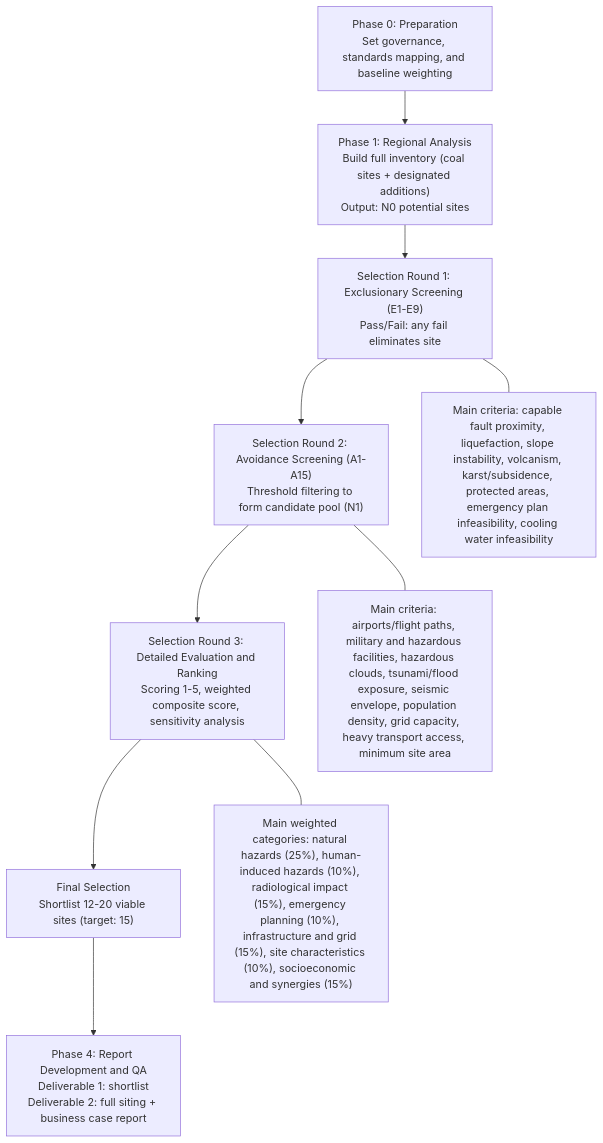
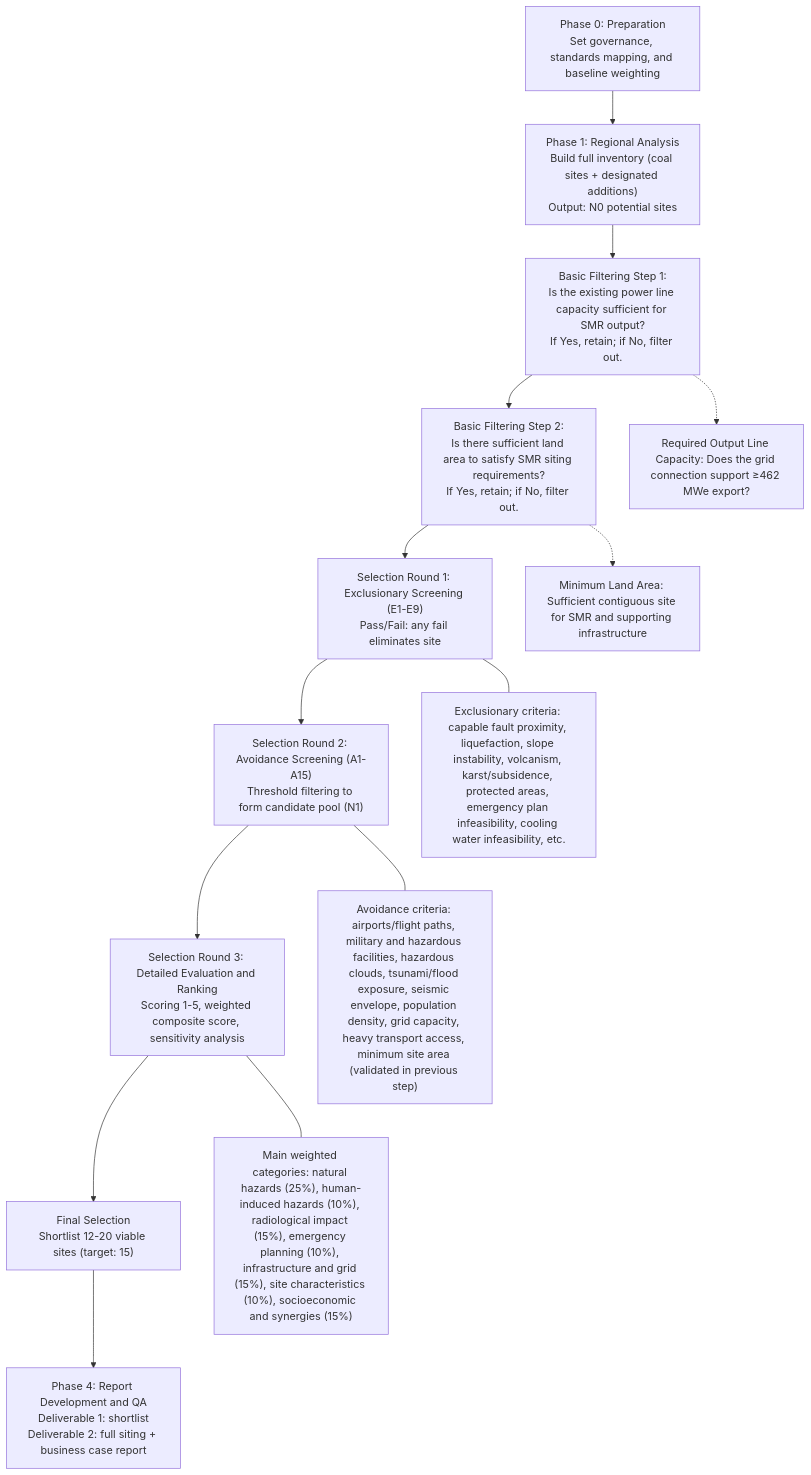
Before and after one commit to terbolence/atoms_vs_ashes: the diagram in requirements/00_index.md, drawn with Mermaid. The commit also changed other lines of this file and 1 other file, not shown here.

Commit message:
[feat] review of development process

````diff
--- a/requirements/00_index.md
+++ b/requirements/00_index.md
@@ -49,13 +49,17 @@
 ```mermaid
 flowchart TD
     A["Phase 0: Preparation<br/>Set governance, standards mapping, and baseline weighting"] --> B["Phase 1: Regional Analysis<br/>Build full inventory (coal sites + designated additions)<br/>Output: N0 potential sites"]
-    B --> C["Selection Round 1: Exclusionary Screening (E1-E9)<br/>Pass/Fail: any fail eliminates site"]
+    B --> F1["Basic Filtering Step 1:<br/>Is the existing power line capacity sufficient for SMR output?<br/>If Yes, retain; if No, filter out."]
+    F1 --> F2["Basic Filtering Step 2:<br/>Is there sufficient land area to satisfy SMR siting requirements?<br/>If Yes, retain; if No, filter out."]
+    F2 --> C["Selection Round 1: Exclusionary Screening (E1-E9)<br/>Pass/Fail: any fail eliminates site"]
     C --> D["Selection Round 2: Avoidance Screening (A1-A15)<br/>Threshold filtering to form candidate pool (N1)"]
     D --> E["Selection Round 3: Detailed Evaluation and Ranking<br/>Scoring 1-5, weighted composite score, sensitivity analysis"]
     E --> F["Final Selection<br/>Shortlist 12-20 viable sites (target: 15)"]
     F --> G["Phase 4: Report Development and QA<br/>Deliverable 1: shortlist<br/>Deliverable 2: full siting + business case report"]
 
-    C --- C1["Main criteria: capable fault proximity, liquefaction, slope instability, volcanism, karst/subsidence, protected areas, emergency plan infeasibility, cooling water infeasibility"]
-    D --- D1["Main criteria: airports/flight paths, military and hazardous facilities, hazardous clouds, tsunami/flood exposure, seismic envelope, population density, grid capacity, heavy transport access, minimum site area"]
+    F1 -.-> F1a["Required Output Line Capacity: Does the grid connection support ≥462 MWe export?"]
+    F2 -.-> F2a["Minimum Land Area: Sufficient contiguous site for SMR and supporting infrastructure"]
+    C --- C1["Exclusionary criteria: capable fault proximity, liquefaction, slope instability, volcanism, karst/subsidence, protected areas, emergency plan infeasibility, cooling water infeasibility, etc."]
+    D --- D1["Avoidance criteria: airports/flight paths, military and hazardous facilities, hazardous clouds, tsunami/flood exposure, seismic envelope, population density, grid capacity, heavy transport access, minimum site area (validated in previous step)"]
     E --- E1["Main weighted categories: natural hazards (25%), human-induced hazards (10%), radiological impact (15%), emergency planning (10%), infrastructure and grid (15%), site characteristics (10%), socioeconomic and synergies (15%)"]
 ```
````
